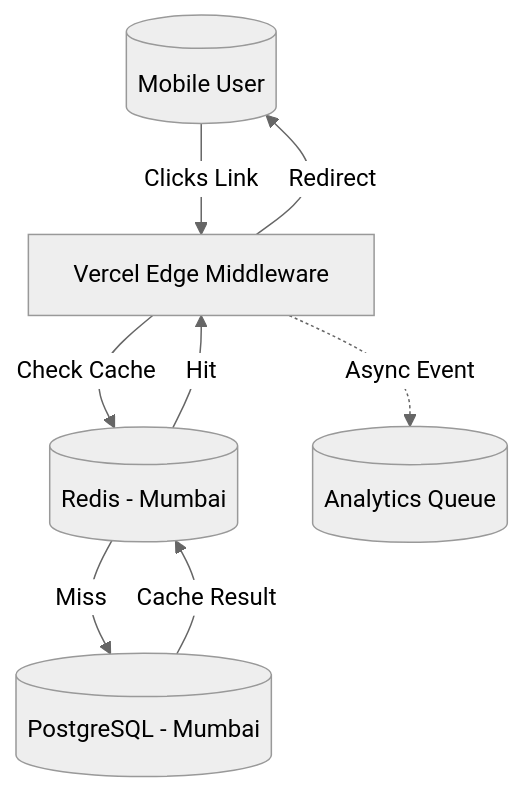
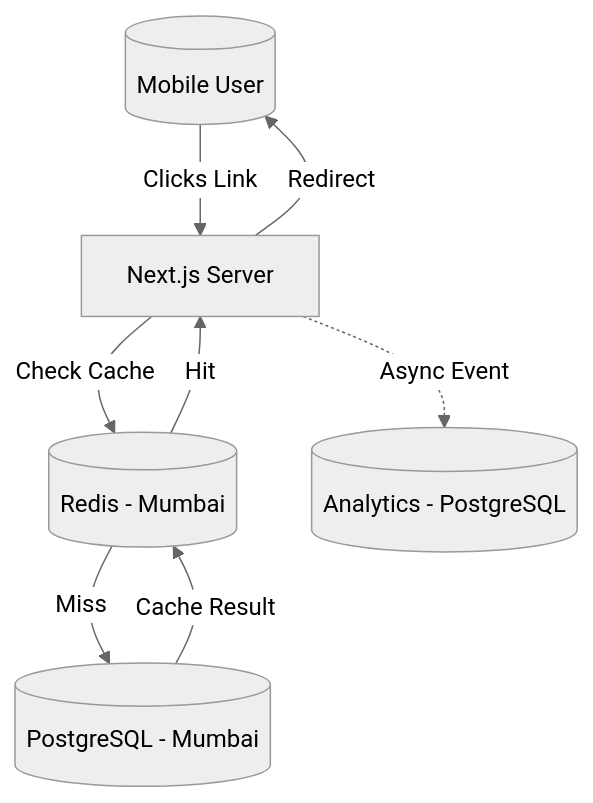
One commit to punesh12/bharatlinks changed the diagram in docs/tech_stack.md. Above: the diagram before and after it, drawn with Mermaid (neutral theme). The commit also changed other lines of this file and 9 other files, not shown here.

Commit message:
- Implement Redis caching for link redirection (<50ms latency) - Add workspace edit and delete functionality (owners only) - Fix link usage counting to show only user-created links - Update documentation with Redis setup and implementation details

````diff
--- a/docs/tech_stack.md
+++ b/docs/tech_stack.md
@@ -39,11 +41,11 @@
 ```mermaid
 graph TD
-    User[(Mobile User)] -->|Clicks Link| Edge[Vercel Edge Middleware]
-    Edge -->|Check Cache| Redis[(Redis - Mumbai)]
-    Redis -- Hit --> Edge
-    Edge -- Redirect --> User
+    User[(Mobile User)] -->|Clicks Link| Server[Next.js Server]
+    Server -->|Check Cache| Redis[(Redis - Mumbai)]
+    Redis -- Hit --> Server
+    Server -- Redirect --> User
     Redis -- Miss --> DB[(PostgreSQL - Mumbai)]
     DB -- Cache Result --> Redis
 
-    Edge -.->|Async Event| Analytics[(Analytics Queue)]
+    Server -.->|Async Event| Analytics[(Analytics - PostgreSQL)]
 ```
````
